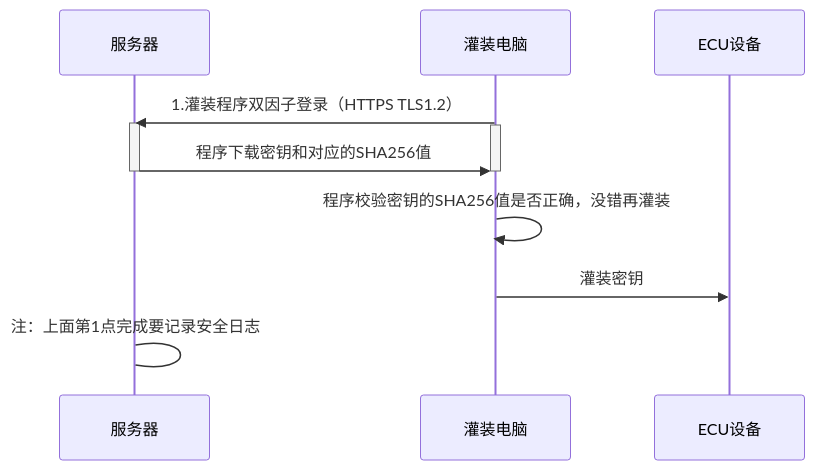
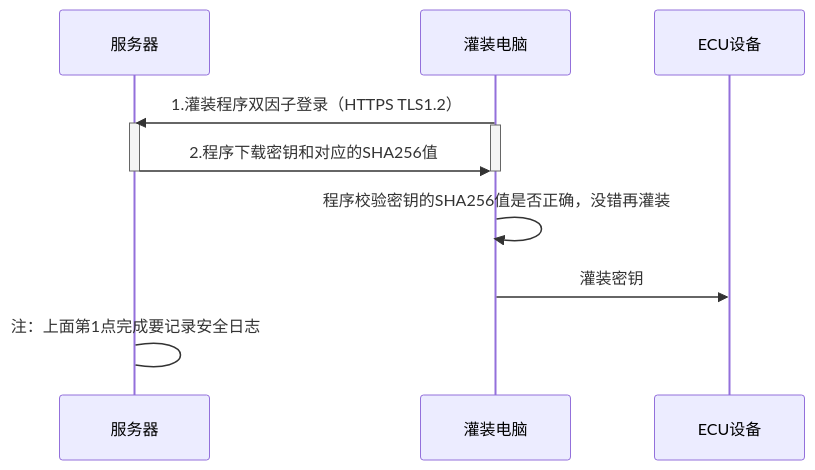
The diagram in all/未命名-23.md (facebook-cloud/iodraw-files), drawn with Mermaid before and after one commit.

Commit message:
2026-04-15 17:13:31 update

````diff
--- a/all/未命名-23.md
+++ b/all/未命名-23.md
@@ -1,21 +1,21 @@
 ```mermaid
 sequenceDiagram
   
     participant B as 服务器
     participant D as 灌装电脑
     participant E as ECU设备
 
     D->>B: 1.灌装程序双因子登录（HTTPS TLS1.2）
     activate B
     activate D
 
-    B->>D: 程序下载密钥和对应的SHA256值
+    B->>D: 2.程序下载密钥和对应的SHA256值
 
     deactivate B
     deactivate D
     
     D->>D:程序校验密钥的SHA256值是否正确，没错再灌装
     D->>E: 灌装密钥
 
     B->B: 注：上面第1点完成要记录安全日志
 ```
````
